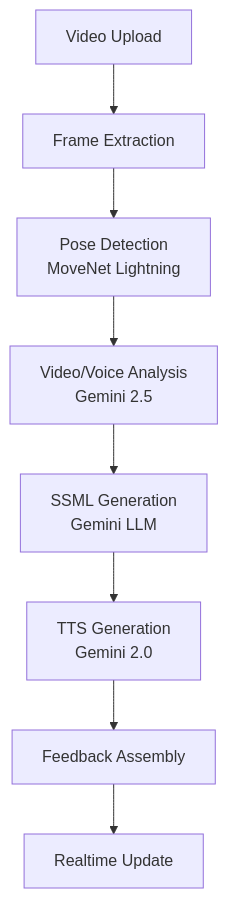
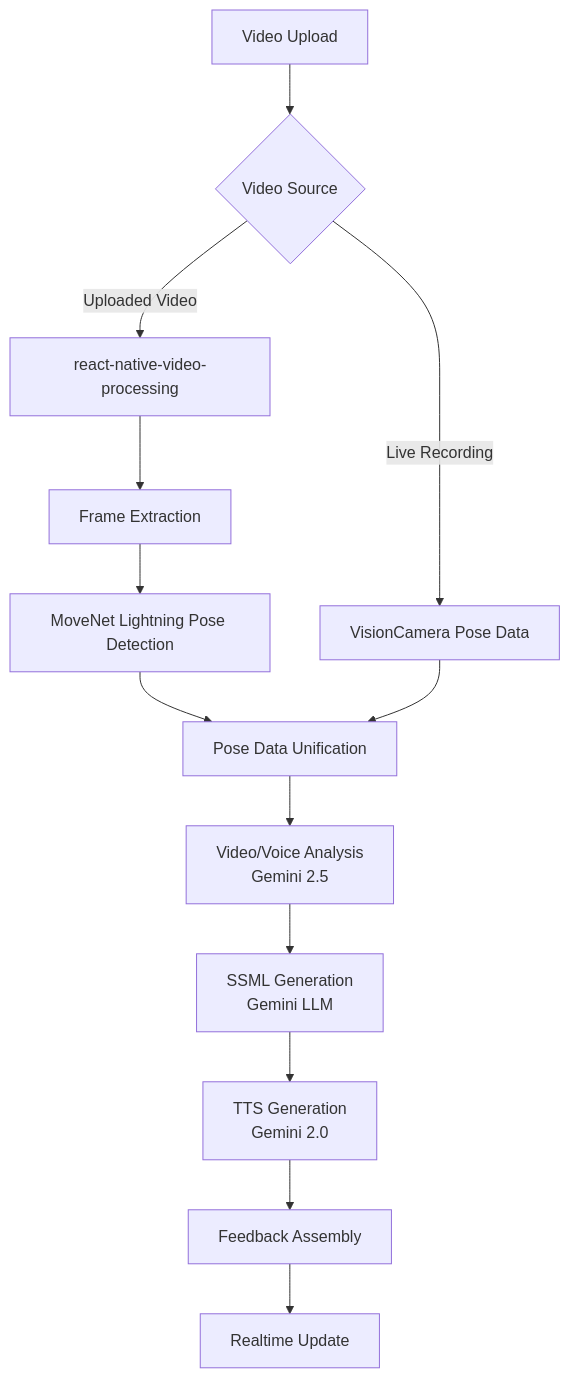
Before and after one commit to JohnSchweden/sololevel: the second of 2 diagrams in docs/spec/TRD.md, drawn with Mermaid. The commit also changed other lines of this file and 60 other files, not shown here.

First line of the commit message:
feat: implement video feedback analysis pipeline

````diff
--- a/docs/spec/TRD.md
+++ b/docs/spec/TRD.md
@@ -176,10 +184,15 @@
 ```mermaid
 flowchart TD
-    A[Video Upload] --> B[Frame Extraction]
-    B --> C[Pose Detection<br/>MoveNet Lightning]
-    C --> D[Video/Voice Analysis<br/>Gemini 2.5]
-    D --> E[SSML Generation<br/>Gemini LLM]
-    E --> F[TTS Generation<br/>Gemini 2.0]
-    F --> G[Feedback Assembly]
-    G --> H[Realtime Update]
+    A[Video Upload] --> B{Video Source}
+    B -->|Live Recording| C[VisionCamera Pose Data]
+    B -->|Uploaded Video| D[react-native-video-processing]
+    D --> E[Frame Extraction]
+    E --> F[MoveNet Lightning Pose Detection]
+    F --> G[Pose Data Unification]
+    C --> G
+    G --> H[Video/Voice Analysis<br/>Gemini 2.5]
+    H --> I[SSML Generation<br/>Gemini LLM]
+    I --> J[TTS Generation<br/>Gemini 2.0]
+    J --> K[Feedback Assembly]
+    K --> L[Realtime Update]
 ```
````
